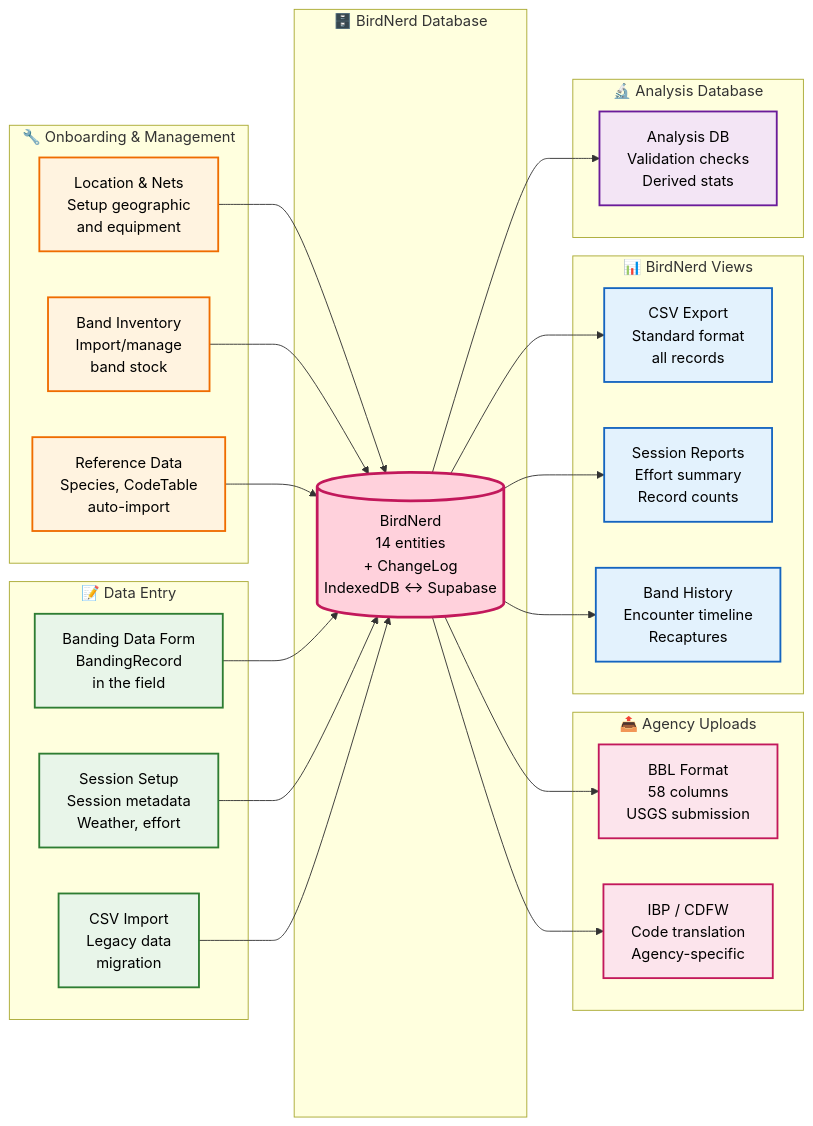
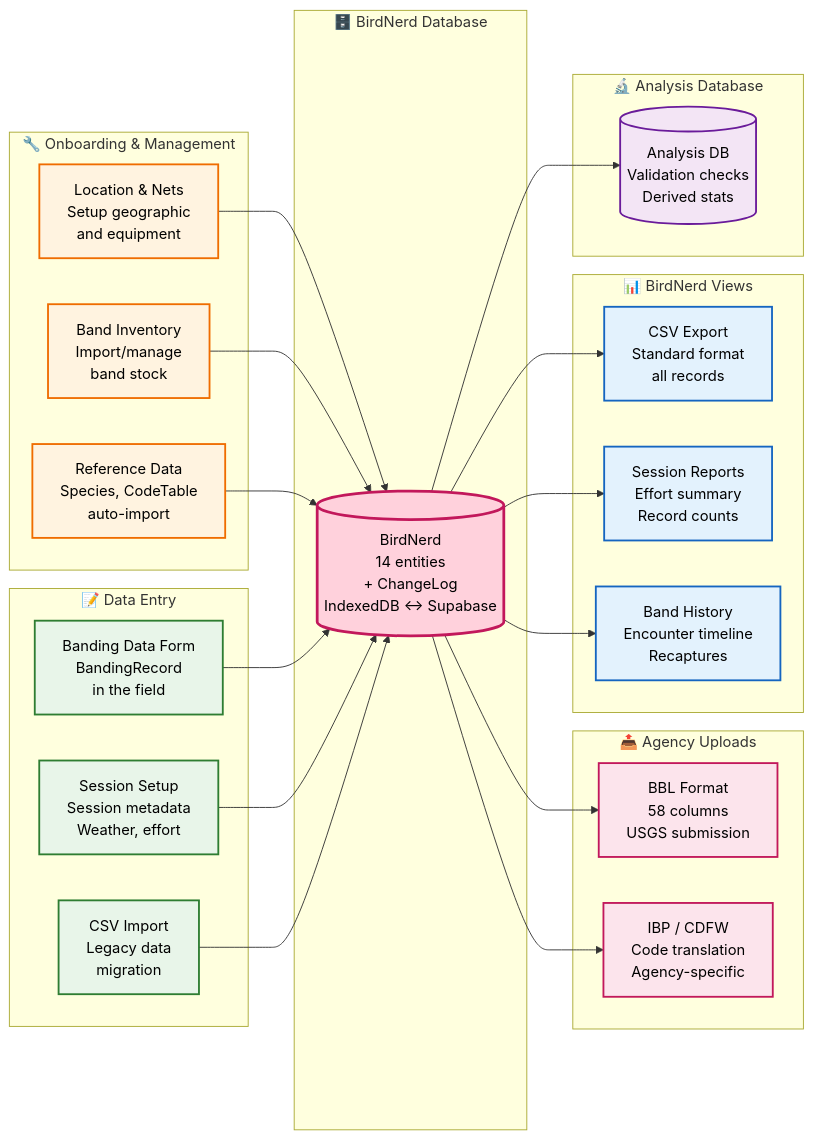
One commit to kenshih/birdnerd changed the second of 2 diagrams in docs/entities.md. Above: the diagram before and after it, drawn with Mermaid. The commit also changed other lines of this file and 6 other files, not shown here.

````diff
--- a/docs/entities.md
+++ b/docs/entities.md
@@ -247,61 +249,61 @@
 ```mermaid
 graph LR
     subgraph Onboard["🔧 Onboarding & Management"]
         A1["Location & Nets<br/>Setup geographic<br/>and equipment"]
         A2["Band Inventory<br/>Import/manage<br/>band stock"]
         A3["Reference Data<br/>Species, CodeTable<br/>auto-import"]
     end
 
     subgraph Entry["📝 Data Entry"]
         A4["Banding Data Form<br/>BandingRecord<br/>in the field"]
         A5["Session Setup<br/>Session metadata<br/>Weather, effort"]
         A6["CSV Import<br/>Legacy data<br/>migration"]
     end
 
     subgraph Model["🗄️ BirdNerd Database"]
         B[("BirdNerd<br/>14 entities<br/>+ ChangeLog<br/>IndexedDB ↔ Supabase")]
     end
 
     subgraph Upload["📤 Agency Uploads"]
         C1["BBL Format<br/>58 columns<br/>USGS submission"]
         C2["IBP / CDFW<br/>Code translation<br/>Agency-specific"]
     end
 
     subgraph Views["📊 BirdNerd Views"]
         C3["CSV Export<br/>Standard format<br/>all records"]
         C4["Session Reports<br/>Effort summary<br/>Record counts"]
         C5["Band History<br/>Encounter timeline<br/>Recaptures"]
     end
 
     subgraph Analysis["🔬 Analysis Database"]
-        C6["Analysis DB<br/>Validation checks<br/>Derived stats"]
+        C6[("Analysis DB<br/>Validation checks<br/>Derived stats")]
     end
 
     A1 --> B
     A2 --> B
     A3 --> B
     A4 --> B
     A5 --> B
     A6 --> B
 
     B --> C1
     B --> C2
     B --> C3
     B --> C4
     B --> C5
     B --> C6
 
     classDef onboardBox fill:#fff3e0,stroke:#ef6c00,stroke-width:2px,color:#000
     classDef entryBox fill:#e8f5e9,stroke:#2e7d32,stroke-width:2px,color:#000
     classDef modelBox fill:#ffd1dc,stroke:#c2185b,stroke-width:3px,color:#000
     classDef uploadBox fill:#fce4ec,stroke:#c2185b,stroke-width:2px,color:#000
     classDef viewBox fill:#e3f2fd,stroke:#1565c0,stroke-width:2px,color:#000
     classDef analysisBox fill:#f3e5f5,stroke:#6a1b9a,stroke-width:2px,color:#000
     
     class A1,A2,A3 onboardBox
     class A4,A5,A6 entryBox
     class B modelBox
     class C1,C2 uploadBox
     class C3,C4,C5 viewBox
     class C6 analysisBox
 ```
````
